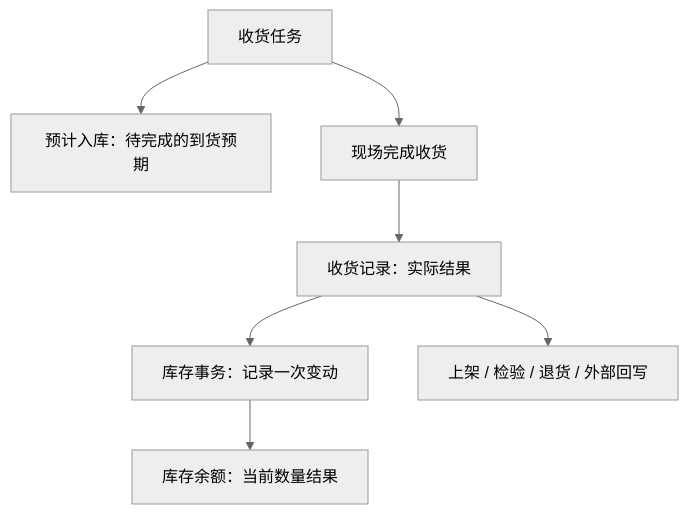
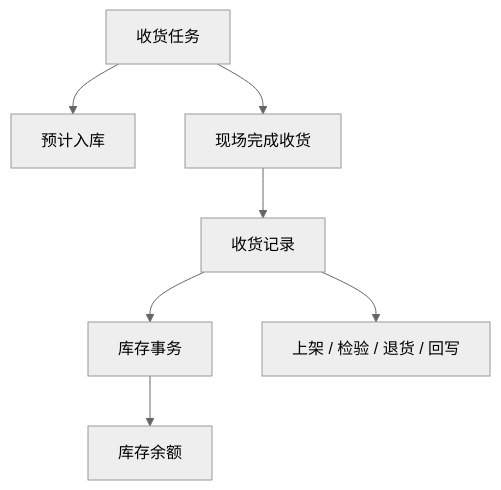
Before and after one commit to jiargcn/MomProductDocument: the fourth of 4 diagrams in docs/05-WMS-库房管理/03-采购收货/index.md, drawn with Mermaid (neutral theme). The commit also changed other lines of this file and 9 other files, not shown here.

````diff
--- a/docs/05-WMS-库房管理/03-采购收货/index.md
+++ b/docs/05-WMS-库房管理/03-采购收货/index.md
@@ -162,9 +179,9 @@
 ```mermaid
 flowchart TD
-    A["收货任务"] --> B["预计入库：待完成的到货预期"]
+    A["收货任务"] --> B["预计入库"]
     A --> C["现场完成收货"]
-    C --> D["收货记录：实际结果"]
-    D --> E["库存事务：记录一次变动"]
-    E --> F["库存余额：当前数量结果"]
-    D --> G["上架 / 检验 / 退货 / 外部回写"]
+    C --> D["收货记录"]
+    D --> E["库存事务"]
+    E --> F["库存余额"]
+    D --> G["上架 / 检验 / 退货 / 回写"]
 ```
````
